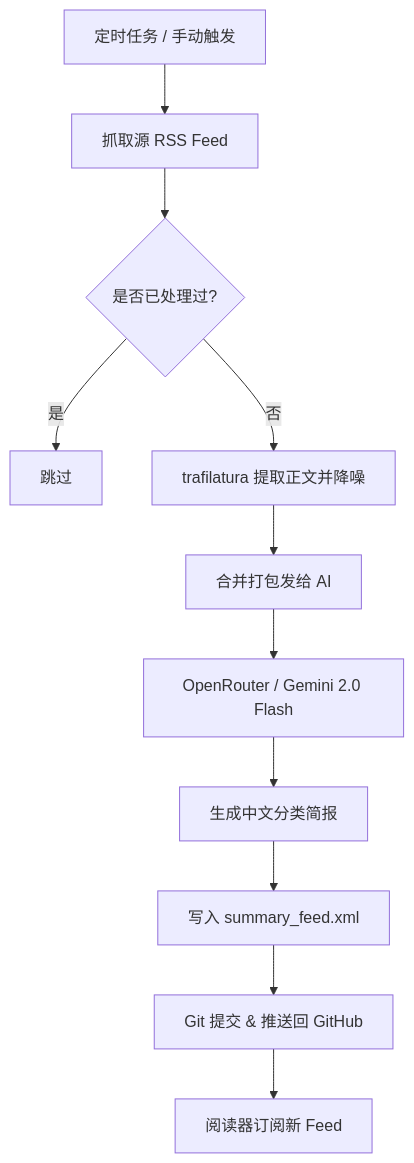
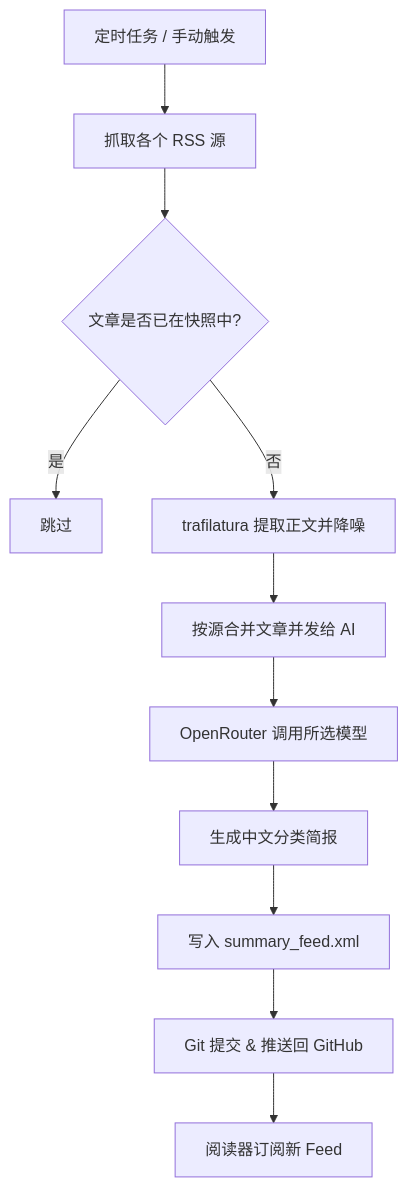
The diagram in README.md (liusonwood/SummaRSS), drawn with Mermaid before and after one commit. The commit also changed other lines of this file, not shown here.

````diff
--- a/README.md
+++ b/README.md
@@ -7,13 +7,13 @@
 ```mermaid
 graph TD
-    A[定时任务 / 手动触发] --> B[抓取源 RSS Feed]
-    B --> C{是否已处理过?}
+    A[定时任务 / 手动触发] --> B[抓取各个 RSS 源]
+    B --> C{文章是否已在快照中?}
     C -- 是 --> D[跳过]
     C -- 否 --> E[trafilatura 提取正文并降噪]
-    E --> F[合并打包发给 AI]
-    F --> G[OpenRouter / Gemini 2.0 Flash]
+    E --> F[按源合并文章并发给 AI]
+    F --> G[OpenRouter 调用所选模型]
     G --> H[生成中文分类简报]
     H --> I[写入 summary_feed.xml]
     I --> J[Git 提交 & 推送回 GitHub]
     J --> K[阅读器订阅新 Feed]
 ```
````
